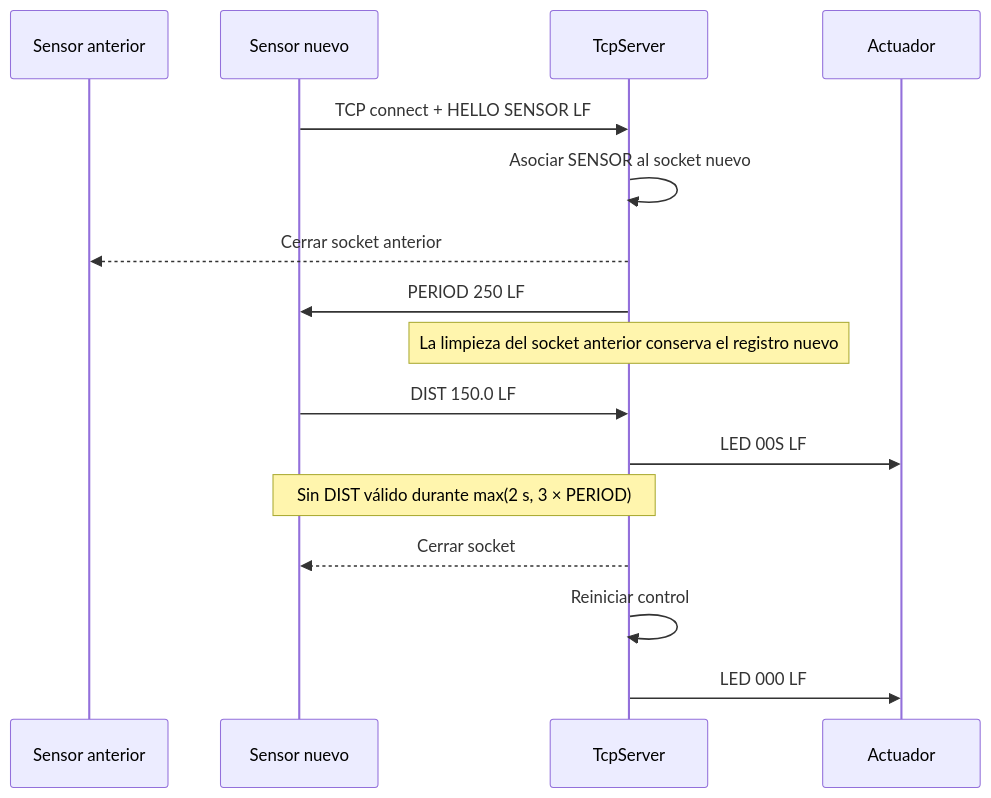
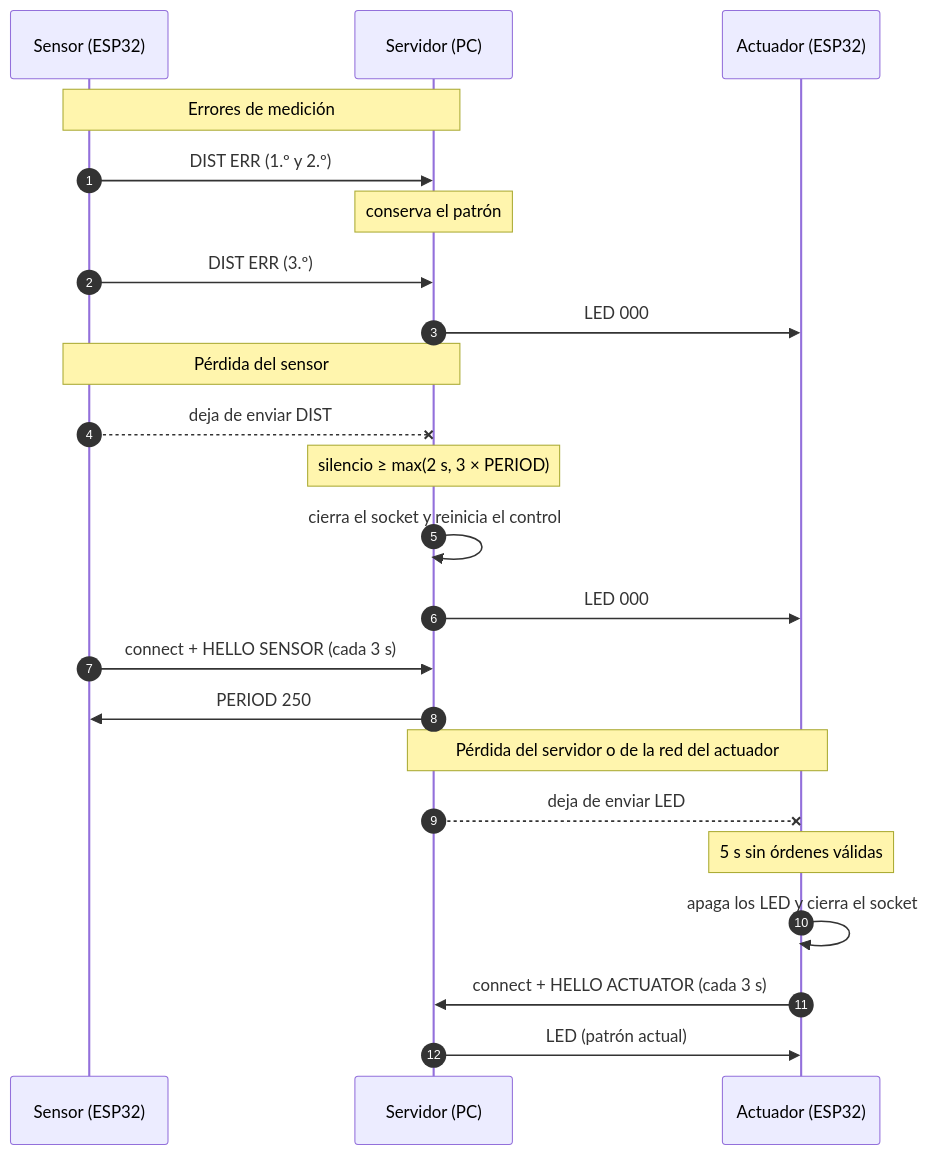
One commit to JoseCorralesAgreda/Proyecto-Practica-2-IOT changed the second of 2 diagrams in docs/sequence.md. Above: the diagram before and after it, drawn with Mermaid. The commit also changed other lines of this file and 10 other files, not shown here.

````diff
--- a/docs/sequence.md
+++ b/docs/sequence.md
@@ -28,18 +40,28 @@
 ```mermaid
 sequenceDiagram
-    participant Old as Sensor anterior
-    participant New as Sensor nuevo
-    participant T as TcpServer
-    participant A as Actuador
-    New->>T: TCP connect + HELLO SENSOR LF
-    T->>T: Asociar SENSOR al socket nuevo
-    T-->>Old: Cerrar socket anterior
-    T->>New: PERIOD 250 LF
-    Note over T: La limpieza del socket anterior conserva el registro nuevo
-    New->>T: DIST 150.0 LF
-    T->>A: LED 00S LF
-    Note over New,T: Sin DIST válido durante max(2 s, 3 × PERIOD)
-    T-->>New: Cerrar socket
-    T->>T: Reiniciar control
-    T->>A: LED 000 LF
+    autonumber
+    participant S as Sensor (ESP32)
+    participant SRV as Servidor (PC)
+    participant A as Actuador (ESP32)
+
+    Note over S,SRV: Errores de medición
+    S->>SRV: DIST ERR (1.º y 2.º)
+    Note over SRV: conserva el patrón
+    S->>SRV: DIST ERR (3.º)
+    SRV->>A: LED 000
+
+    Note over S,SRV: Pérdida del sensor
+    S--xSRV: deja de enviar DIST
+    Note over SRV: silencio ≥ max(2 s, 3 × PERIOD)
+    SRV->>SRV: cierra el socket y reinicia el control
+    SRV->>A: LED 000
+    S->>SRV: connect + HELLO SENSOR (cada 3 s)
+    SRV->>S: PERIOD 250
+
+    Note over SRV,A: Pérdida del servidor o de la red del actuador
+    SRV--xA: deja de enviar LED
+    Note over A: 5 s sin órdenes válidas
+    A->>A: apaga los LED y cierra el socket
+    A->>SRV: connect + HELLO ACTUATOR (cada 3 s)
+    SRV->>A: LED (patrón actual)
 ```
````
